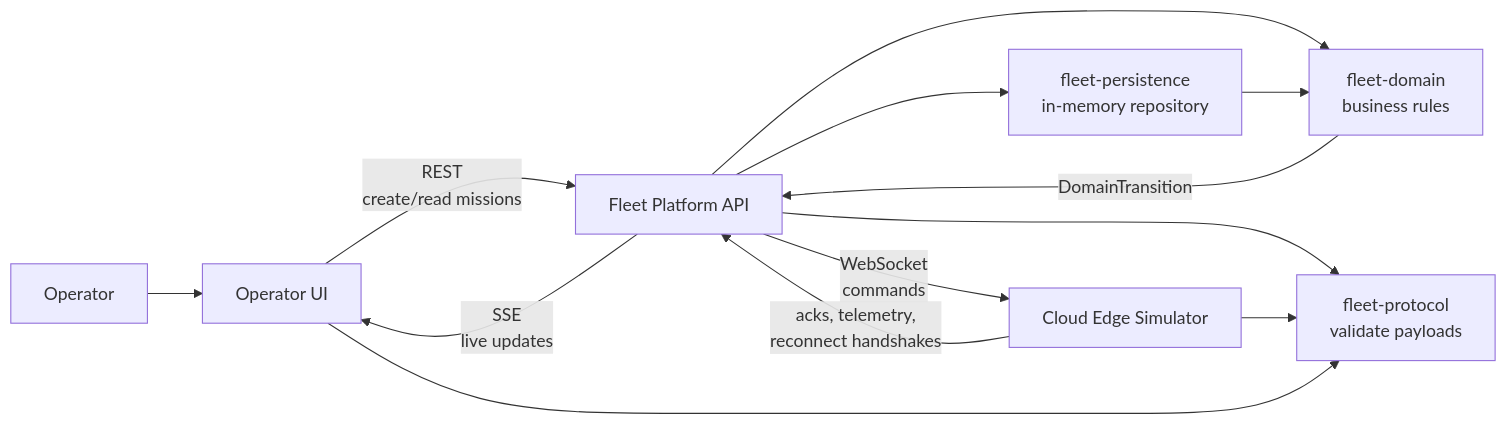
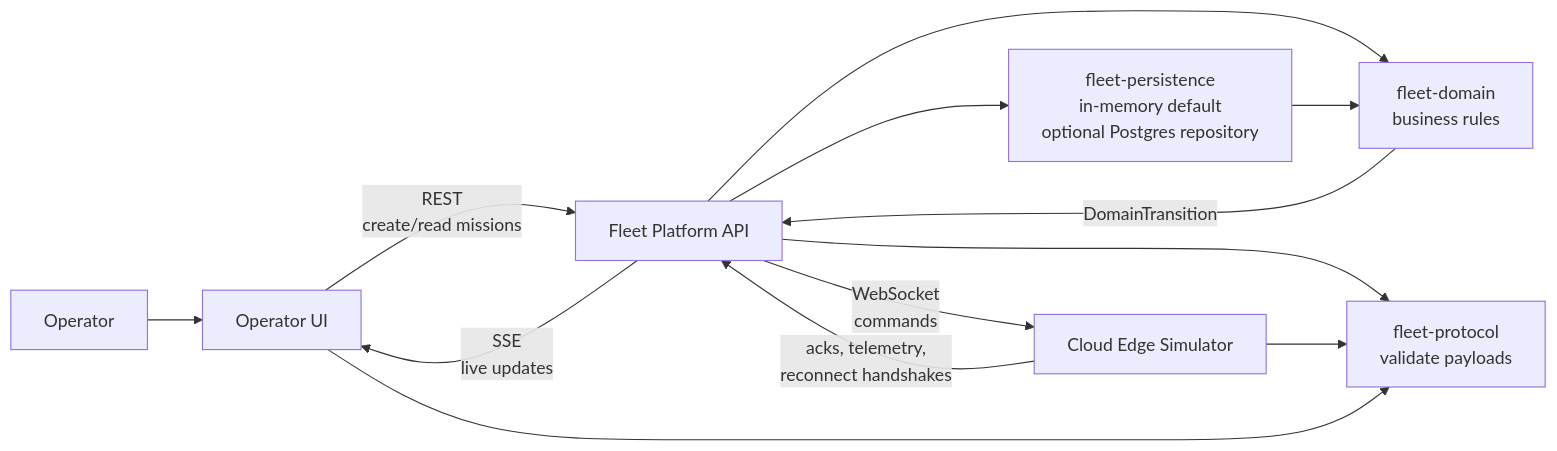
One commit to reinhard-z/RoboOps-Control-Plane changed the second of 4 diagrams in docs/architecture/current-architecture.md. Above: the diagram before and after it, drawn with Mermaid. The commit also changed other lines of this file and 10 other files, not shown here.

Commit message:
Add opt-in Postgres persistence for fleet platform runtime

````diff
--- a/docs/architecture/current-architecture.md
+++ b/docs/architecture/current-architecture.md
@@ -72,18 +73,18 @@
 ```mermaid
 flowchart LR
   Operator["Operator"] --> UI["Operator UI"]
   UI -->|"REST<br/>create/read missions"| API["Fleet Platform API"]
   API -->|"SSE<br/>live updates"| UI
 
   API --> Domain["fleet-domain<br/>business rules"]
   Domain -->|"DomainTransition"| API
-  API --> Store["fleet-persistence<br/>in-memory repository"]
+  API --> Store["fleet-persistence<br/>in-memory default<br/>optional Postgres repository"]
 
   API -->|"WebSocket<br/>commands"| Edge["Cloud Edge Simulator"]
   Edge -->|"acks, telemetry,<br/>reconnect handshakes"| API
 
   Store --> Domain
   API --> Protocol["fleet-protocol<br/>validate payloads"]
   Edge --> Protocol
   UI --> Protocol
 ```
````
